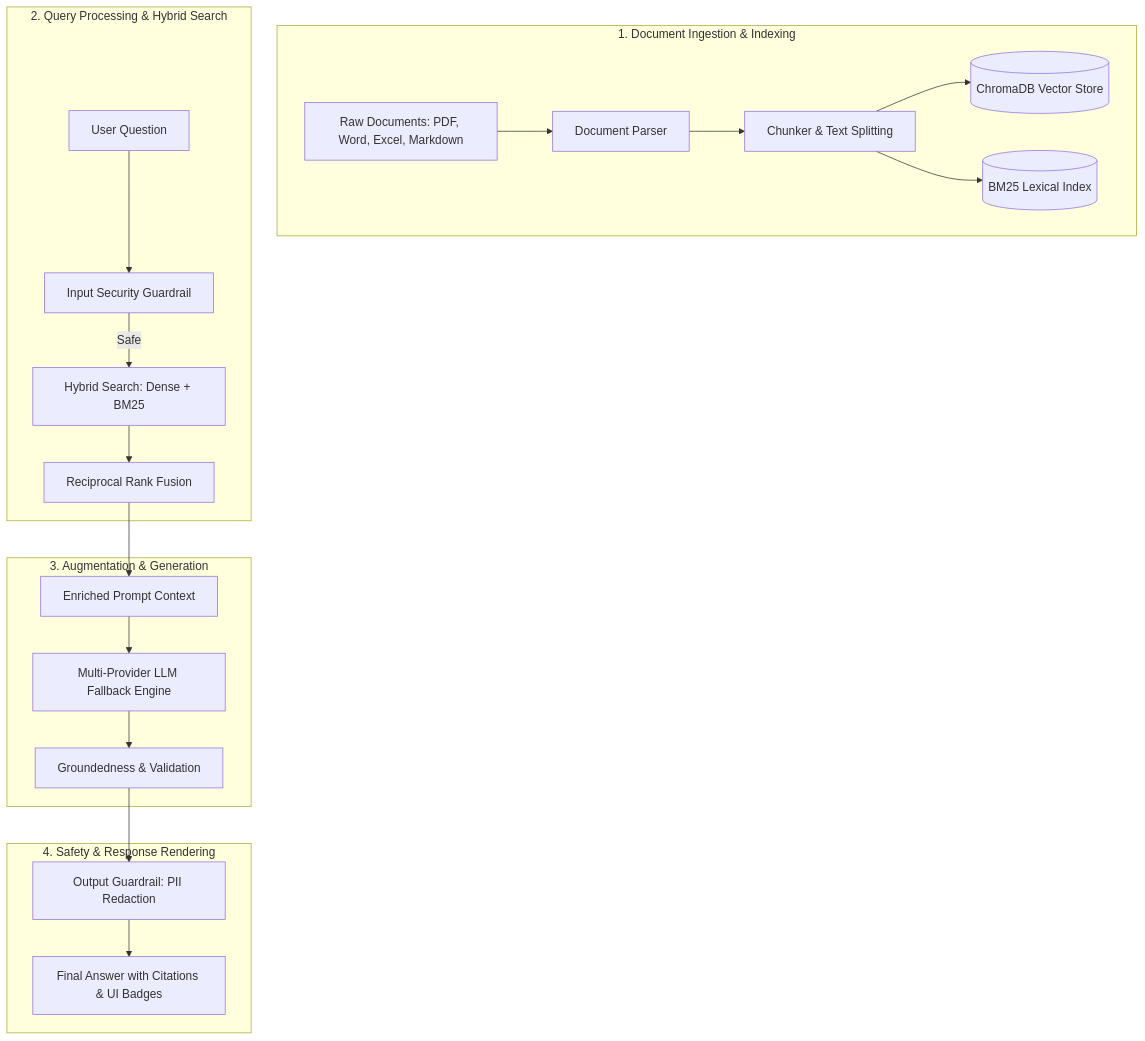
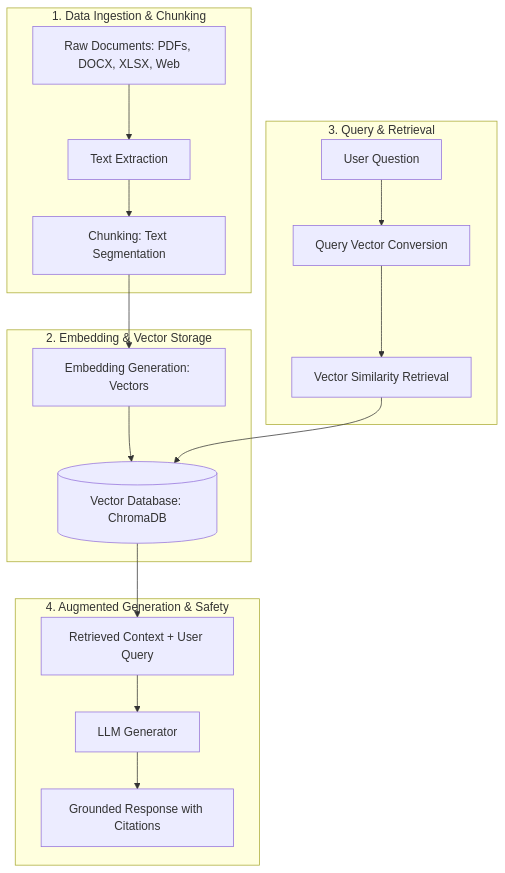
One commit to Sushanth-Patel/Retrieval-Augmented-Generation-Pipeline changed the diagram in README.md. Above: the diagram before and after it, drawn with Mermaid. The commit also changed other lines of this file, not shown here.

Commit message:
docs: update title to RAG (Retrieval-Augmented Generation) Pipeline and refine 6-step workflow

````diff
--- a/README.md
+++ b/README.md
@@ -17,26 +17,24 @@
 ```mermaid
 flowchart TD
-    subgraph Ingestion["1. Document Ingestion & Indexing"]
-        Docs[Raw Documents: PDF, Word, Excel, Markdown] --> Parser[Document Parser]
-        Parser --> Chunker[Chunker & Text Splitting]
-        Chunker --> VectorStore[(ChromaDB Vector Store)]
-        Chunker --> LexicalStore[(BM25 Lexical Index)]
+    subgraph Step1["1. Data Ingestion & Chunking"]
+        Docs[Raw Documents: PDFs, DOCX, XLSX, Web] --> Extract[Text Extraction]
+        Extract --> Chunk[Chunking: Text Segmentation]
     end
 
-    subgraph UserQuery["2. Query Processing & Hybrid Search"]
-        User[User Question] --> GuardIn[Input Security Guardrail]
-        GuardIn -- Safe --> Search[Hybrid Search: Dense + BM25]
-        Search --> RRF[Reciprocal Rank Fusion]
+    subgraph Step2["2. Embedding & Vector Storage"]
+        Chunk --> Embed[Embedding Generation: Vectors]
+        Embed --> VectorDB[(Vector Database: ChromaDB)]
     end
 
-    subgraph Synthesis["3. Augmentation & Generation"]
-        RRF --> Context[Enriched Prompt Context]
-        Context --> LLMChain[Multi-Provider LLM Fallback Engine]
-        LLMChain --> Validator[Groundedness & Validation]
+    subgraph Step3["3. Query & Retrieval"]
+        Query[User Question] --> QueryEmbed[Query Vector Conversion]
+        QueryEmbed --> Search[Vector Similarity Retrieval]
+        Search --> VectorDB
     end
 
-    subgraph SecurityOutput["4. Safety & Response Rendering"]
-        Validator --> GuardOut[Output Guardrail: PII Redaction]
-        GuardOut --> Output[Final Answer with Citations & UI Badges]
+    subgraph Step4["4. Augmented Generation & Safety"]
+        VectorDB --> Context[Retrieved Context + User Query]
+        Context --> LLM[LLM Generator]
+        LLM --> Response[Grounded Response with Citations]
     end
 ```
````
